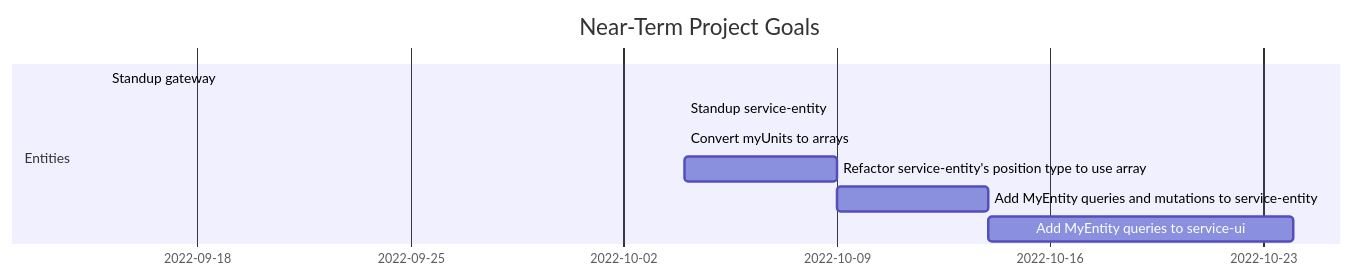
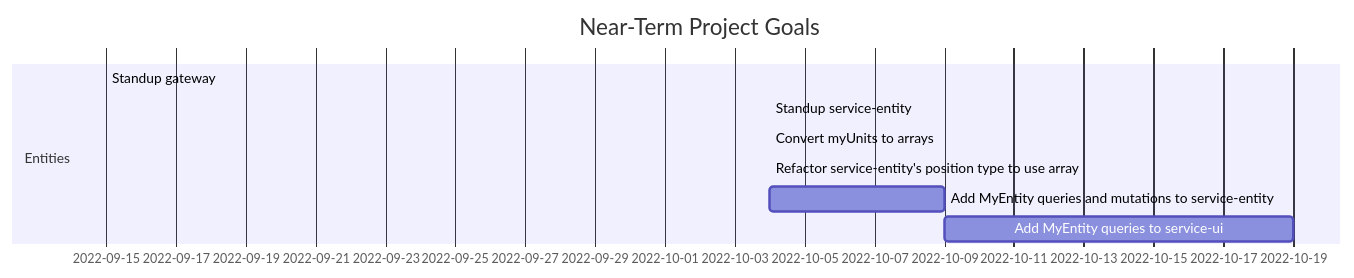
Before and after one commit to AndrewSamaha/schism-root: the second of 2 diagrams in README.md, drawn with Mermaid. The commit also changed other lines of this file, not shown here.

Commit message:
chore: finished refactoring position obj to array

````diff
--- a/README.md
+++ b/README.md
@@ -16,13 +16,13 @@
 ```mermaid
 gantt
 dateFormat  YYY-MM-DD
 title Near-Term Project Goals
 
 section Entities
 Standup gateway :done, des1, 2022-09-15, 2022-10-04
 Standup service-entity :done, des2, 2022-10-04, 2022-10-08
 Convert myUnits to arrays :done, des3, after des2, 2022-10-15
-Refactor service-entity's position type to use array : des4, after des3, 5d
+Refactor service-entity's position type to use array : des4, after des3, 2022-10-16
 Add MyEntity queries and mutations to service-entity : des5, after des4, 5d
 Add MyEntity queries to service-ui : des6, after des5, 10d
 ```
````
